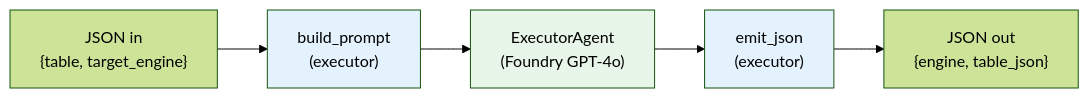
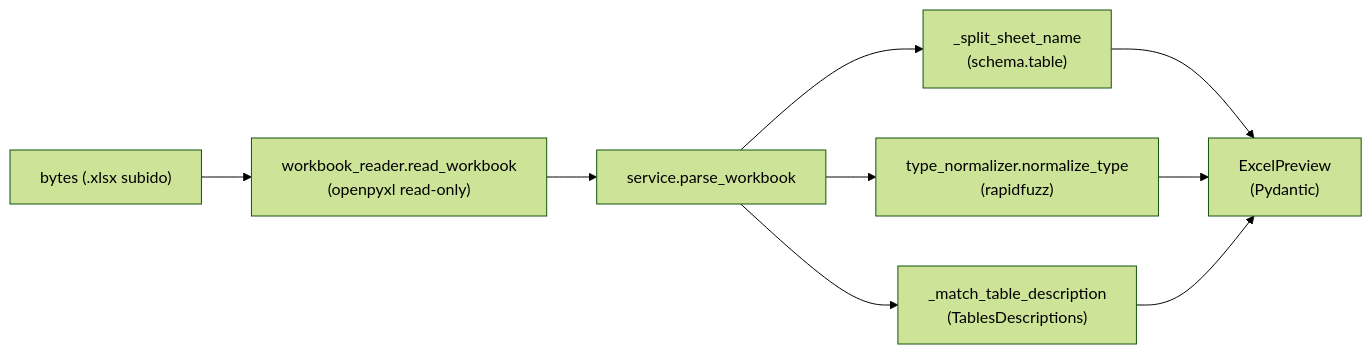
Before and after one commit to Carlosmps97/backend-data-model-hub: the third of 6 diagrams in doc/architecture.md, drawn with Mermaid (forest theme). The commit also changed other lines of this file and 15 other files, not shown here.

````diff
--- a/doc/architecture.md
+++ b/doc/architecture.md
@@ -154,11 +159,11 @@
 ```mermaid
 flowchart LR
-    IN["JSON in<br/>{table, target_engine}"] --> BP["build_prompt<br/>(executor)"]
-    BP --> EA["ExecutorAgent<br/>(Foundry GPT-4o)"]
-    EA --> EJ["emit_json<br/>(executor)"]
-    EJ --> OUT["JSON out<br/>{engine, table_json}"]
-
-    style BP fill:#e3f2fd
-    style EA fill:#e8f5e9
-    style EJ fill:#e3f2fd
+    BYT["bytes (.xlsx subido)"] --> RD["workbook_reader.read_workbook<br/>(openpyxl read-only)"]
+    RD --> SV["service.parse_workbook"]
+    SV --> SP["_split_sheet_name<br/>(schema.table)"]
+    SV --> TN["type_normalizer.normalize_type<br/>(rapidfuzz)"]
+    SV --> TD["_match_table_description<br/>(TablesDescriptions)"]
+    SP --> EP["ExcelPreview<br/>(Pydantic)"]
+    TN --> EP
+    TD --> EP
 ```
````
